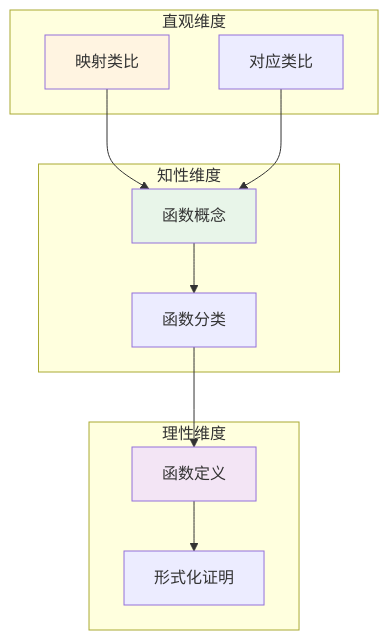
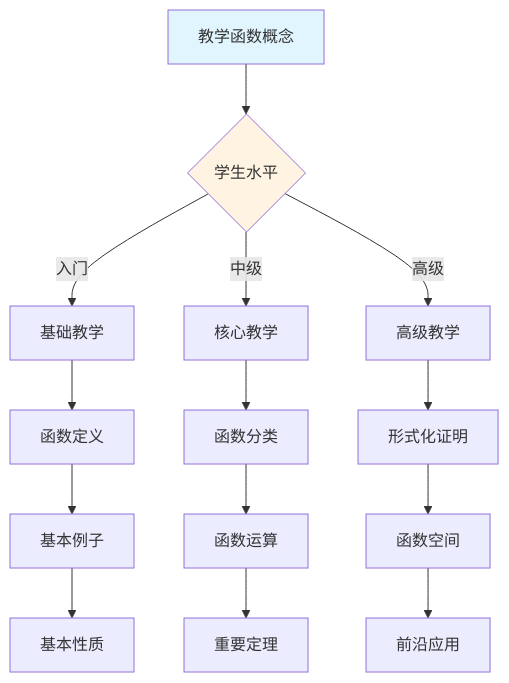
Diagram 11 of 11 in concept/核心概念/02-函数.md (AdaMartin18010/FormalMath), drawn with Mermaid before and after one commit. The commit also changed other lines of this file and 4793 other files, not shown here.

````diff
--- a/concept/核心概念/02-函数.md
+++ b/concept/核心概念/02-函数.md
@@ -908,27 +3040,22 @@
 ```mermaid
-graph TB
-    subgraph 直观维度
-        A1[映射类比]
-        A2[对应类比]
-    end
+graph TD
+    A[教学函数概念] --> B{学生水平}
+    B -->|入门| C[基础教学]
+    B -->|中级| D[核心教学]
+    B -->|高级| E[高级教学]
 
-    subgraph 知性维度
-        B1[函数概念]
-        B2[函数分类]
-    end
+    C --> C1[函数定义]
+    C1 --> C2[基本例子]
+    C2 --> C3[基本性质]
 
-    subgraph 理性维度
-        C1[函数定义]
-        C2[形式化证明]
-    end
+    D --> D1[函数分类]
+    D1 --> D2[函数运算]
+    D2 --> D3[重要定理]
 
-    A1 --> B1
-    A2 --> B1
-    B1 --> B2
-    B2 --> C1
-    C1 --> C2
+    E --> E1[形式化证明]
+    E1 --> E2[函数空间]
+    E2 --> E3[前沿应用]
 
-    style A1 fill:#fff4e1
-    style B1 fill:#e8f5e9
-    style C1 fill:#f3e5f5
+    style A fill:#e1f5ff
+    style B fill:#fff4e1
 ```
````
